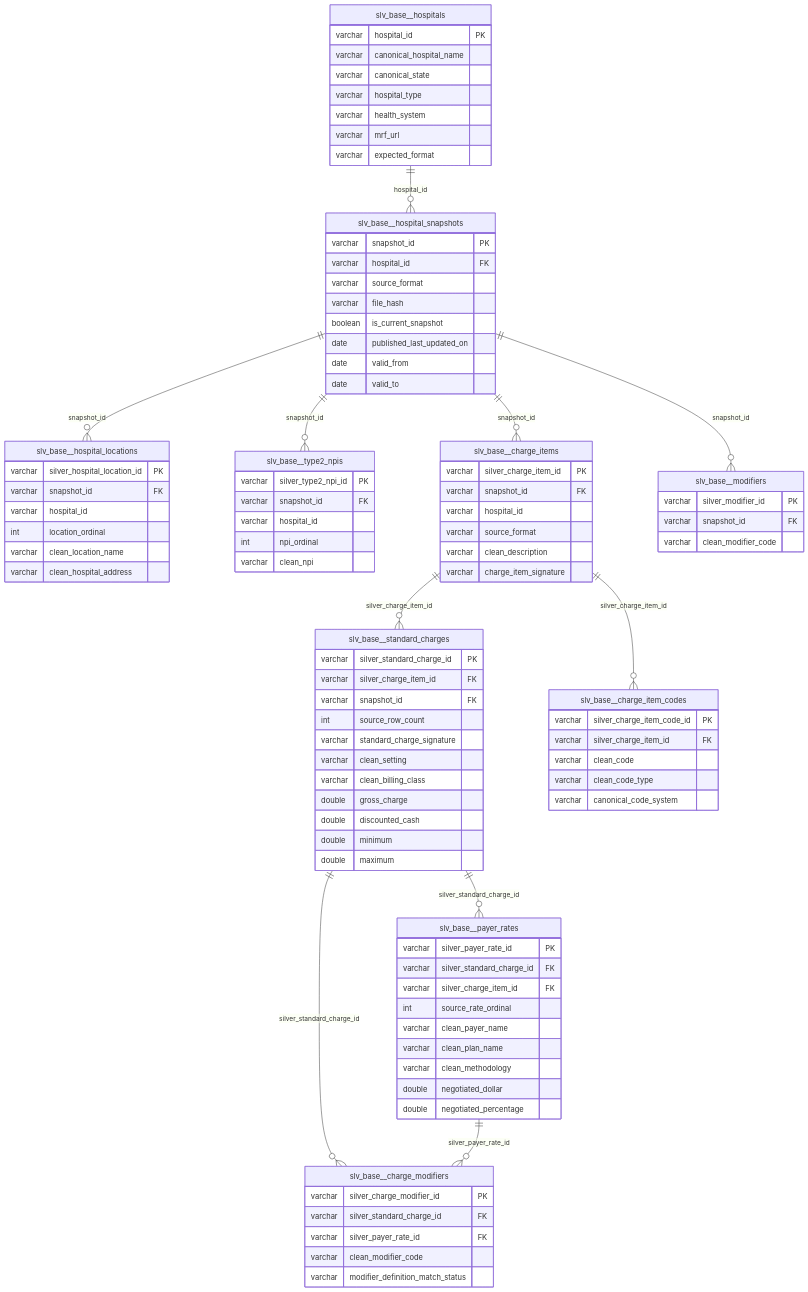
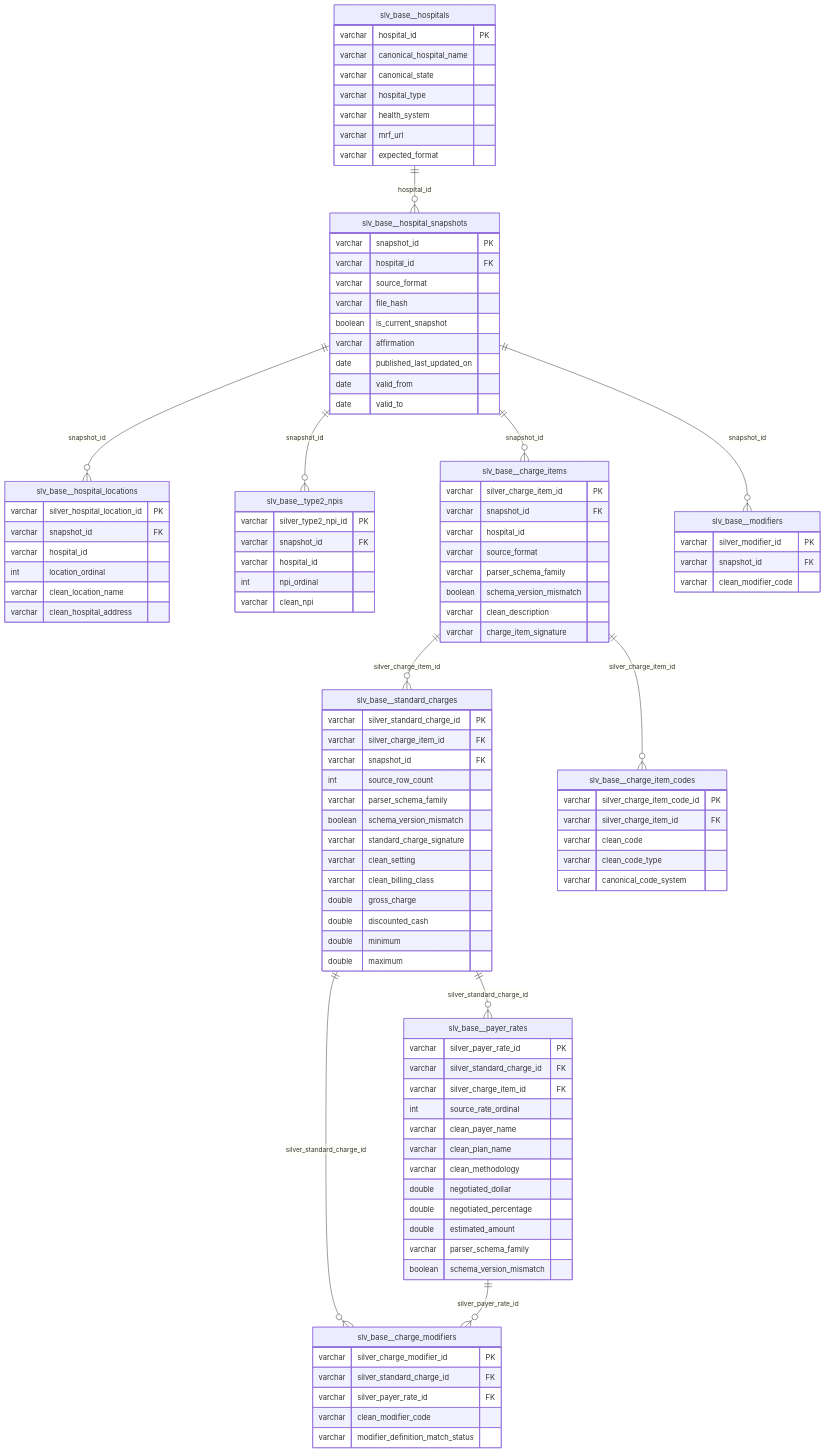
Before and after one commit to jakegussler/hospital-price-transparency-analytics: the third of 3 diagrams in docs/architecture/silver-schema.md, drawn with Mermaid. The commit also changed other lines of this file and 2 other files, not shown here.

Commit message:
Update docs with new columns and table, along with information about previous schema versions for JSON files

```diff
--- a/docs/architecture/silver-schema.md
+++ b/docs/architecture/silver-schema.md
@@ -450,6 +468,7 @@
         varchar source_format
         varchar file_hash
         boolean is_current_snapshot
+        varchar affirmation
         date published_last_updated_on
         date valid_from
         date valid_to
@@ -477,6 +496,8 @@
         varchar snapshot_id FK
         varchar hospital_id
         varchar source_format
+        varchar parser_schema_family
+        boolean schema_version_mismatch
         varchar clean_description
         varchar charge_item_signature
     }
@@ -486,6 +507,8 @@
         varchar silver_charge_item_id FK
         varchar snapshot_id FK
         int source_row_count
+        varchar parser_schema_family
+        boolean schema_version_mismatch
         varchar standard_charge_signature
         varchar clean_setting
         varchar clean_billing_class
@@ -519,6 +542,9 @@
         varchar clean_methodology
         double negotiated_dollar
         double negotiated_percentage
+        double estimated_amount
+        varchar parser_schema_family
+        boolean schema_version_mismatch
     }
 
     slv_base__charge_modifiers {
```
